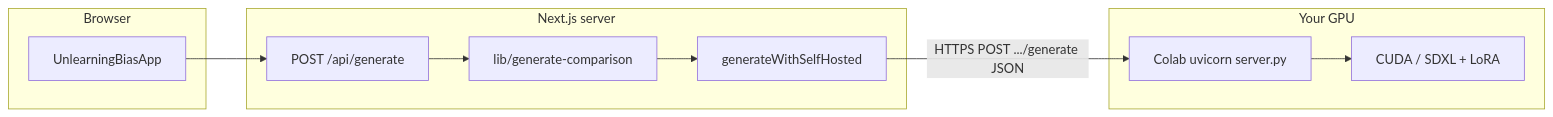
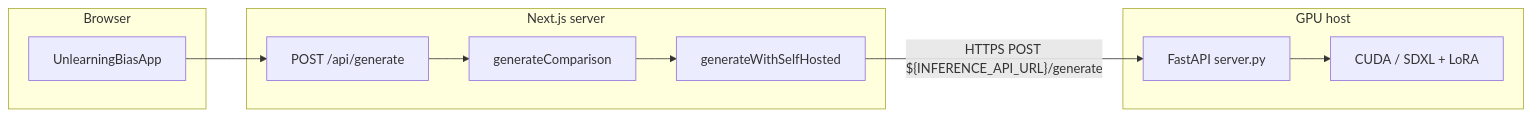
One commit to lilyqin7/unlearning-bias changed the diagram in ARCHITECTURE.md. Above: the diagram before and after it, drawn with Mermaid. The commit also changed other lines of this file and 12 other files, not shown here.

````diff
--- a/ARCHITECTURE.md
+++ b/ARCHITECTURE.md
@@ -7,20 +7,20 @@
 ```mermaid
 flowchart LR
   subgraph client [Browser]
     UI[UnlearningBiasApp]
   end
   subgraph next [Next.js server]
     API["POST /api/generate"]
-    GC[lib/generate-comparison]
+    GC[generateComparison]
     SH[generateWithSelfHosted]
   end
-  subgraph remote [Your GPU]
-    CF[Colab uvicorn server.py]
+  subgraph remote [GPU host]
+    API2[FastAPI server.py]
     GPU[CUDA / SDXL + LoRA]
   end
   UI --> API
   API --> GC
   GC --> SH
-  SH -->|"HTTPS POST .../generate JSON"| CF
-  CF --> GPU
+  SH -->|"HTTPS POST ${INFERENCE_API_URL}/generate"| API2
+  API2 --> GPU
 ```
````
